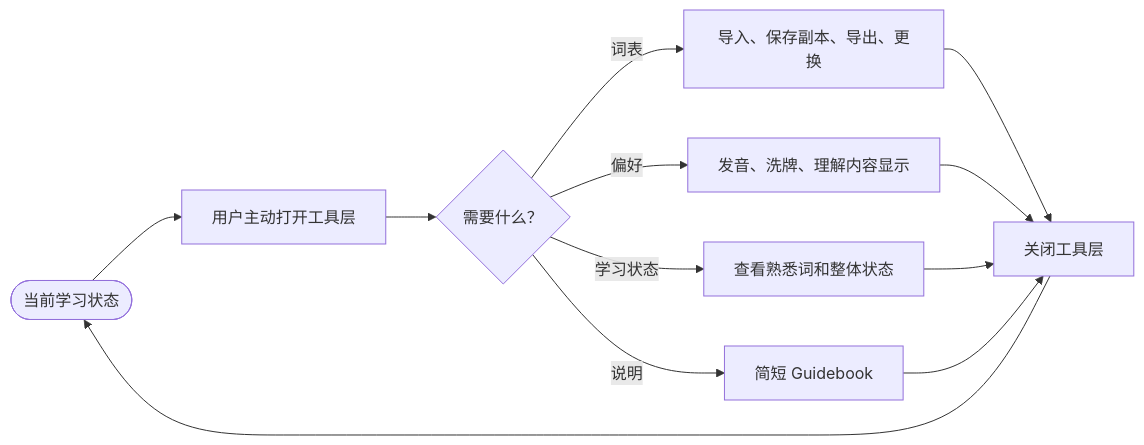
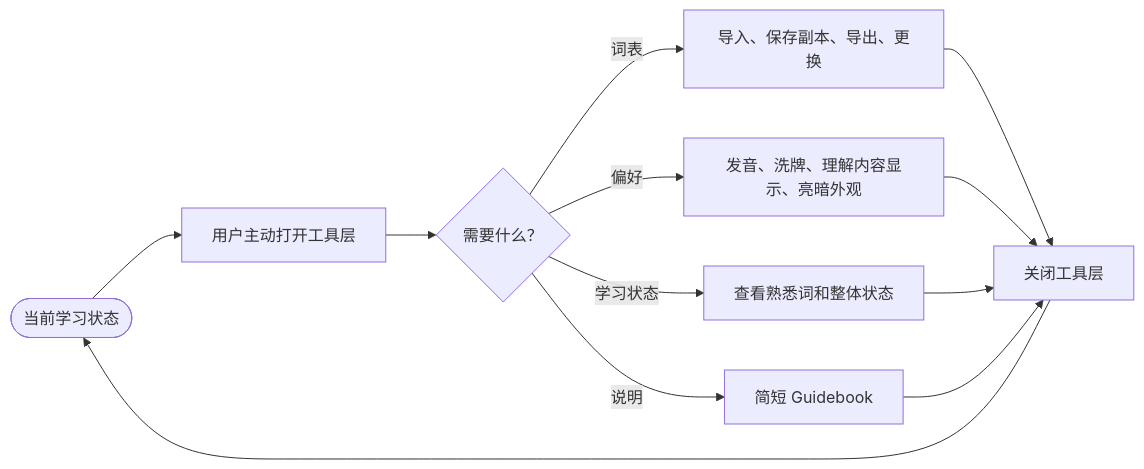
Diagram 16 of 17 in docs/flashvocab-3-user-flow.md (Ganzhe2028/FlashVocab), drawn with Mermaid before and after one commit. The commit also changed 17 other files, not shown here.

````diff
--- a/docs/flashvocab-3-user-flow.md
+++ b/docs/flashvocab-3-user-flow.md
@@ -409,14 +409,14 @@
 ```mermaid
 flowchart LR
     study(["当前学习状态"]) --> open["用户主动打开工具层"]
     open --> choice{"需要什么？"}
     choice -->|"词表"| deck["导入、保存副本、导出、更换"]
-    choice -->|"偏好"| settings["发音、洗牌、理解内容显示"]
+    choice -->|"偏好"| settings["发音、洗牌、理解内容显示、亮暗外观"]
     choice -->|"学习状态"| progress["查看熟悉词和整体状态"]
     choice -->|"说明"| guide["简短 Guidebook"]
     deck --> close["关闭工具层"]
     settings --> close
     progress --> close
     guide --> close
     close --> study
 ```
````
